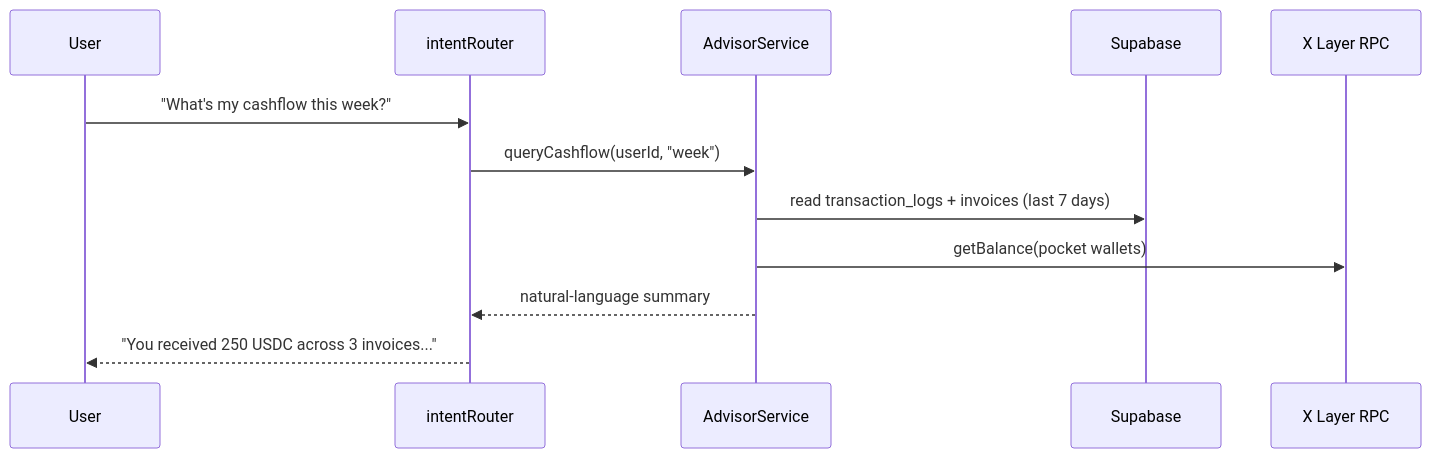
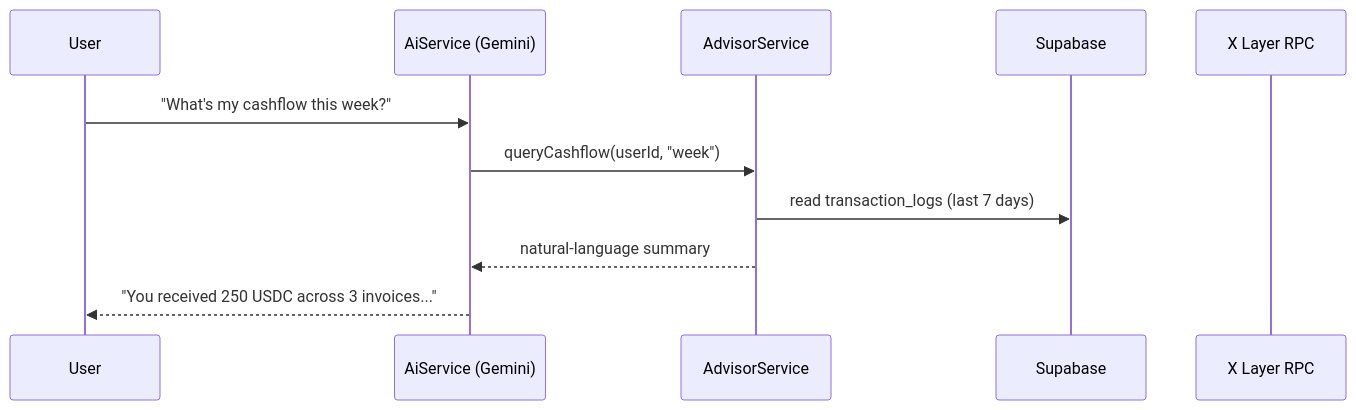
One commit to secondioprawiro/SoloFi-CFO changed the fifth of 5 diagrams in solofi-apps/ARCHITECTURE.md. Above: the diagram before and after it, drawn with Mermaid. The commit also changed other lines of this file and 50 other files, not shown here.

````diff
--- a/solofi-apps/ARCHITECTURE.md
+++ b/solofi-apps/ARCHITECTURE.md
@@ -96,15 +101,14 @@
 ```mermaid
 sequenceDiagram
     participant U as User
-    participant R as intentRouter
+    participant G as AiService (Gemini)
     participant A as AdvisorService
     participant D as Supabase
     participant X as X Layer RPC
 
-    U->>R: "What's my cashflow this week?"
-    R->>A: queryCashflow(userId, "week")
-    A->>D: read transaction_logs + invoices (last 7 days)
-    A->>X: getBalance(pocket wallets)
-    A-->>R: natural-language summary
-    R-->>U: "You received 250 USDC across 3 invoices..."
+    U->>G: "What's my cashflow this week?"
+    G->>A: queryCashflow(userId, "week")
+    A->>D: read transaction_logs (last 7 days)
+    A-->>G: natural-language summary
+    G-->>U: "You received 250 USDC across 3 invoices..."
 ```
````
